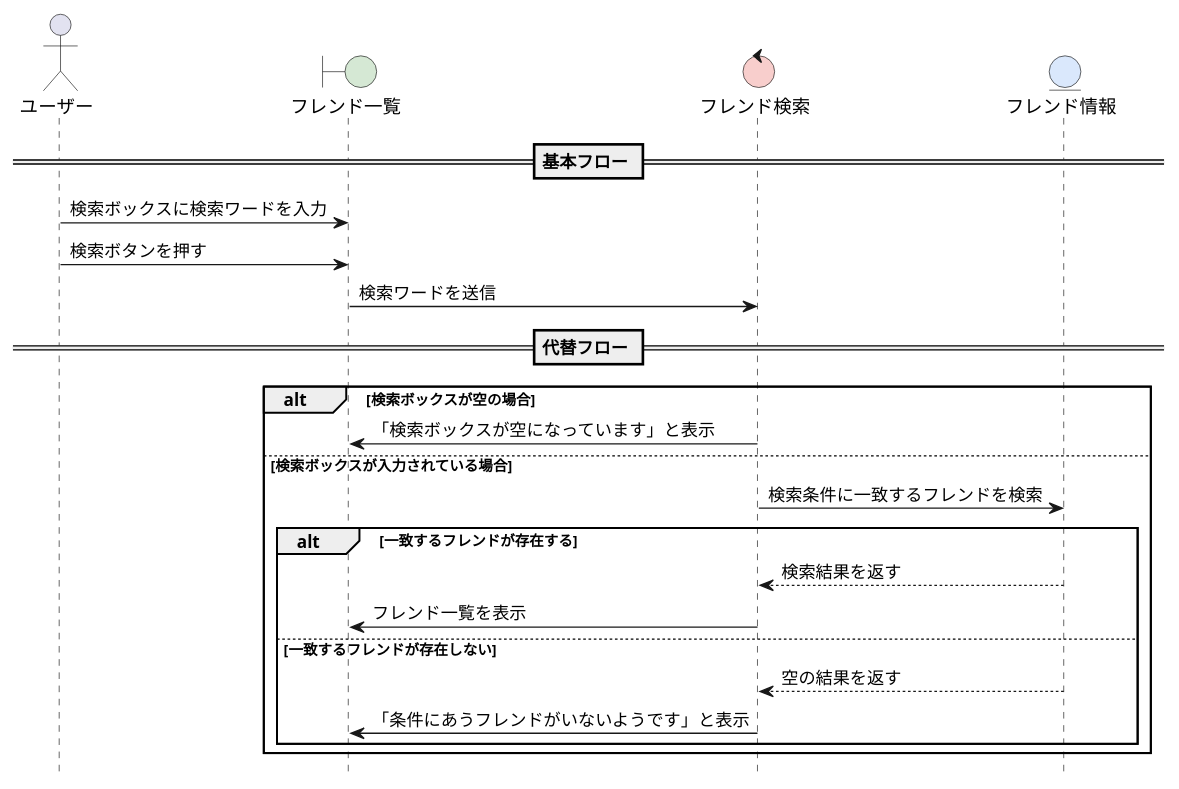
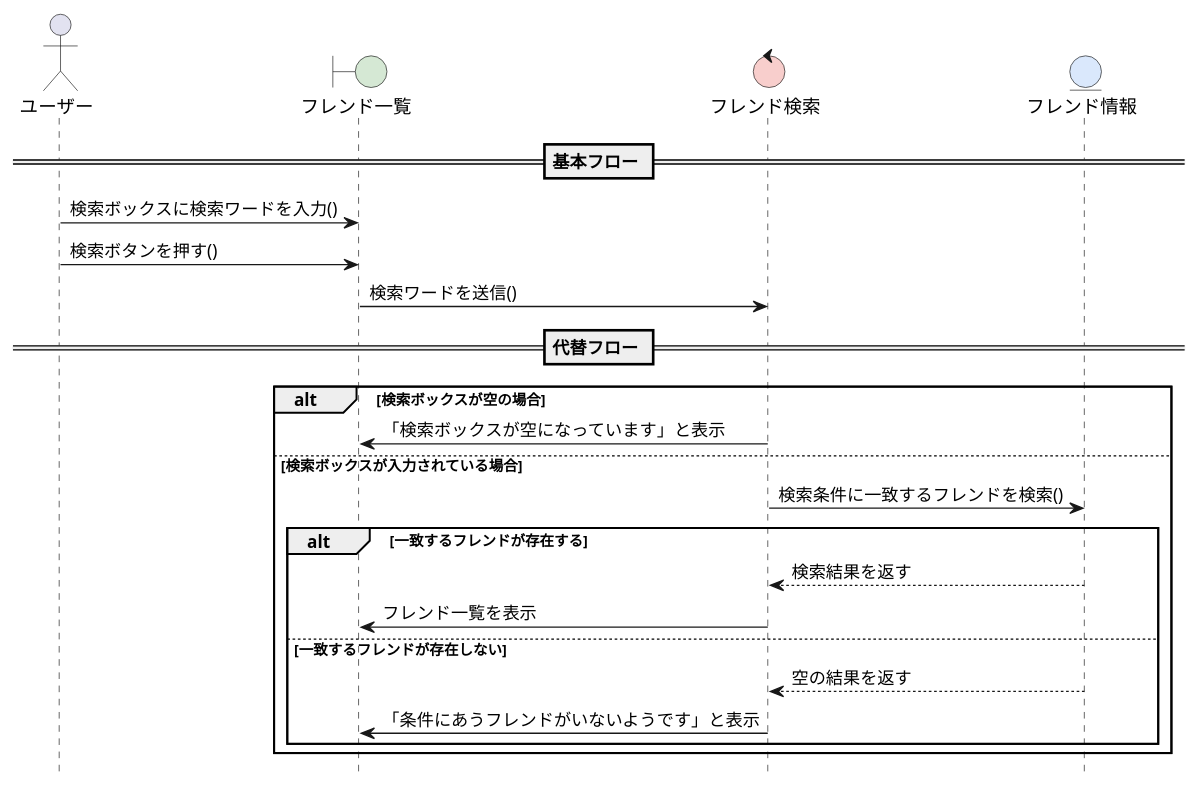
One commit to sugimoto0804/o-hara_uml changed the diagram in group/graduation_work/sequence01_friend_search.pu. Above: the diagram before and after it, drawn with PlantUML. The commit also changed 1 other file, not shown here.

```diff
--- a/group/graduation_work/sequence01_friend_search.pu
+++ b/group/graduation_work/sequence01_friend_search.pu
@@ -1,33 +1,33 @@
 @startuml フレンド検索シーケンス図
 hide footbox
 skinparam boundaryBackgroundColor #D5E8D4
 skinparam controlBackgroundColor  #F8CECC
 skinparam entityBackgroundColor   #DAE8FC
 
 actor ユーザー
 boundary "フレンド一覧" as b1
 control "フレンド検索" as c1
 entity "フレンド情報" as db
 
 == 基本フロー ==
 
-ユーザー -> b1: 検索ボックスに検索ワードを入力
-ユーザー -> b1: 検索ボタンを押す
-b1 -> c1: 検索ワードを送信
+ユーザー -> b1: 検索ボックスに検索ワードを入力()
+ユーザー -> b1: 検索ボタンを押す()
+b1 -> c1: 検索ワードを送信()
 
 == 代替フロー ==
 
 alt 検索ボックスが空の場合
     c1 -> b1: 「検索ボックスが空になっています」と表示
 else 検索ボックスが入力されている場合
-    c1 -> db: 検索条件に一致するフレンドを検索
+    c1 -> db: 検索条件に一致するフレンドを検索()
     alt 一致するフレンドが存在する
         db --> c1: 検索結果を返す
         c1 -> b1: フレンド一覧を表示
     else 一致するフレンドが存在しない
         db --> c1: 空の結果を返す
         c1 -> b1: 「条件にあうフレンドがいないようです」と表示
     end
 end
 
 @enduml
```
